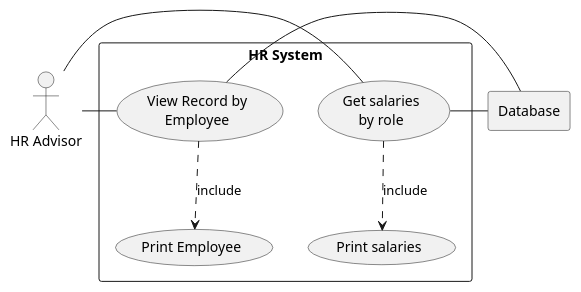
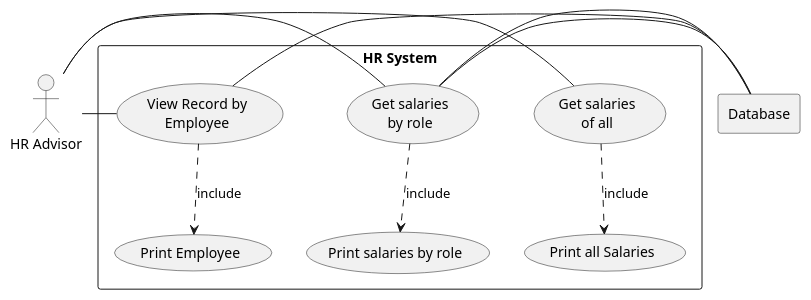
The diagram in use-cases/HR System.puml (OchoaStdnt/devops8a), drawn with PlantUML before and after one commit.

Commit message:
updated hr system uml diagram

```diff
--- a/use-cases/HR System.puml
+++ b/use-cases/HR System.puml
@@ -1,29 +1,35 @@
 @startuml
 
 
 actor HR as "HR Advisor"
 
 rectangle Database
 
 rectangle "HR System" {
+    usecase UC1 as "Get salaries
+     of all"
 
     usecase UC4 as "Get salaries
     by role"
 
     usecase UC6 as "View Record by
     Employee"
 
+    usecase UCa as "Print all Salaries"
+    usecase UCd as "Print salaries by role"
+    usecase UCf as "Print Employee"
 
-    usecase UCd as "Print salaries"
-    usecase UCf as "Print Employee"
+    HR - UC1
+    UC1 ..> UCa : include
+    UC4 - Database
 
     HR - UC4
     UC4 ..> UCd : include
     UC4 - Database
 
     HR -UC6
     UC6 ..> UCf : include
     UC6 - Database
 }
 
 @enduml
```
